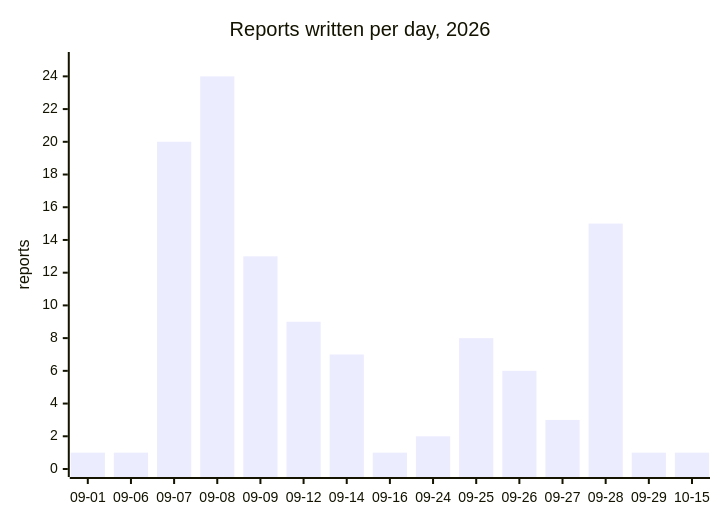
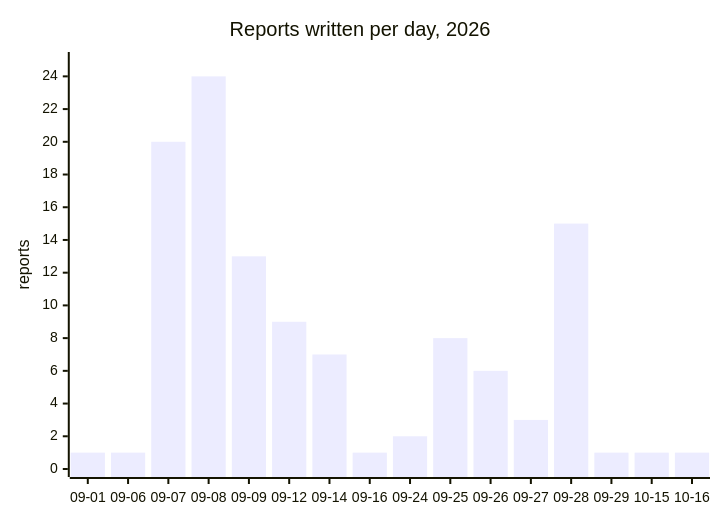
Before and after one commit to cluster2600/porscheparts: the diagram in docs/reports/README.md, drawn with Mermaid. The commit also changed other lines of this file and 21 other files, not shown here.

````diff
--- a/docs/reports/README.md
+++ b/docs/reports/README.md
@@ -7,7 +7,7 @@
 ```mermaid
 xychart-beta
     title "Reports written per day, 2026"
-    x-axis ["09-01", "09-06", "09-07", "09-08", "09-09", "09-12", "09-14", "09-16", "09-24", "09-25", "09-26", "09-27", "09-28", "09-29", "10-15"]
+    x-axis ["09-01", "09-06", "09-07", "09-08", "09-09", "09-12", "09-14", "09-16", "09-24", "09-25", "09-26", "09-27", "09-28", "09-29", "10-15", "10-16"]
     y-axis "reports" 0 --> 25
-    bar [1, 1, 20, 24, 13, 9, 7, 1, 2, 8, 6, 3, 15, 1, 1]
+    bar [1, 1, 20, 24, 13, 9, 7, 1, 2, 8, 6, 3, 15, 1, 1, 1]
 ```
````
